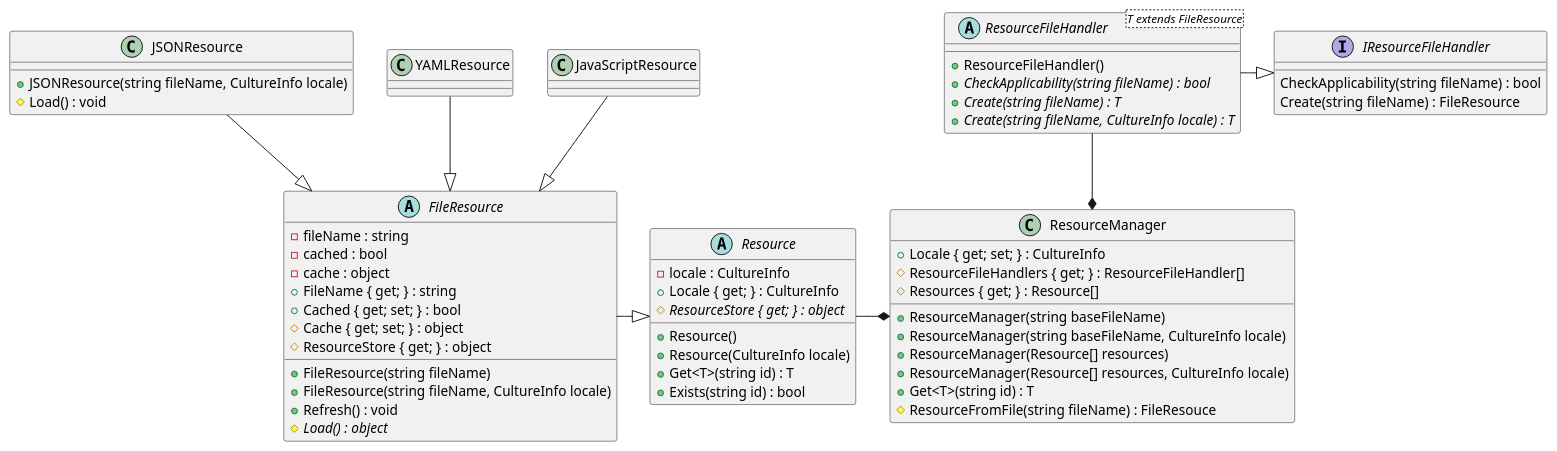
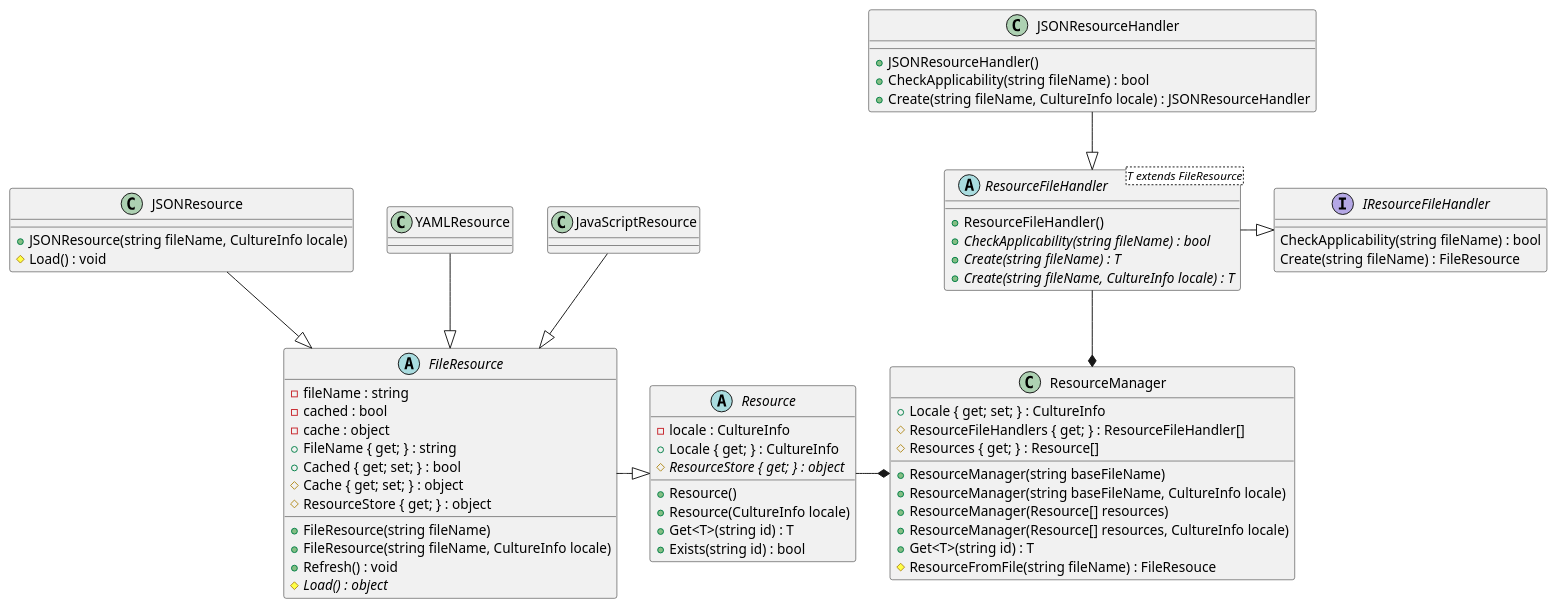
Before and after one commit to manuth/ResourceManager.js: the diagram in docs/ClassDiagram.wsd, drawn with PlantUML. The commit also changed 1 other file, not shown here.

Commit message:
Add a file-handler for json-files

```diff
--- a/docs/ClassDiagram.wsd
+++ b/docs/ClassDiagram.wsd
@@ -1,82 +1,91 @@
 @startuml ResourceManager.js
 interface IResourceFileHandler
 {
     CheckApplicability(string fileName) : bool
     Create(string fileName) : FileResource
 }
 
 
 ResourceFileHandler -|> IResourceFileHandler
 
 abstract class ResourceFileHandler<T extends FileResource>
 {
     + ResourceFileHandler()
     + {abstract} CheckApplicability(string fileName) : bool
     + {abstract} Create(string fileName) : T
     + {abstract} Create(string fileName, CultureInfo locale) : T
+}
+
+JSONResourceHandler --|> ResourceFileHandler
+
+class JSONResourceHandler
+{
+    + JSONResourceHandler()
+    + CheckApplicability(string fileName) : bool
+    + Create(string fileName, CultureInfo locale) : JSONResourceHandler
 }
 
 abstract class Resource
 {
     - locale : CultureInfo
     + Resource()
     + Resource(CultureInfo locale)
     + Locale { get; } : CultureInfo
     # {abstract} ResourceStore { get; } : object
     + Get<T>(string id) : T
     + Exists(string id) : bool
 }
 
 Resource -* ResourceManager
 ResourceFileHandler --* ResourceManager
 
 class ResourceManager
 {
     + ResourceManager(string baseFileName)
     + ResourceManager(string baseFileName, CultureInfo locale)
     + ResourceManager(Resource[] resources)
     + ResourceManager(Resource[] resources, CultureInfo locale)
     + Locale { get; set; } : CultureInfo
     # ResourceFileHandlers { get; } : ResourceFileHandler[]
     # Resources { get; } : Resource[]
     + Get<T>(string id) : T
     # ResourceFromFile(string fileName) : FileResouce
 }
 
 FileResource -|> Resource
 
 abstract class FileResource
 {
     - fileName : string
     - cached : bool
     - cache : object
     + FileResource(string fileName)
     + FileResource(string fileName, CultureInfo locale)
     + FileName { get; } : string
     + Cached { get; set; } : bool
     # Cache { get; set; } : object
     # ResourceStore { get; } : object
     + Refresh() : void
     # {abstract} Load() : object
 }
 
 JSONResource --|> FileResource
 
 class JSONResource
 {
     + JSONResource(string fileName, CultureInfo locale)
     # Load() : void
 }
 
 YAMLResource --|> FileResource
 
 class YAMLResource
 {
 }
 
 JavaScriptResource --|> FileResource
 
 class JavaScriptResource
 {
 }
 @enduml
```
